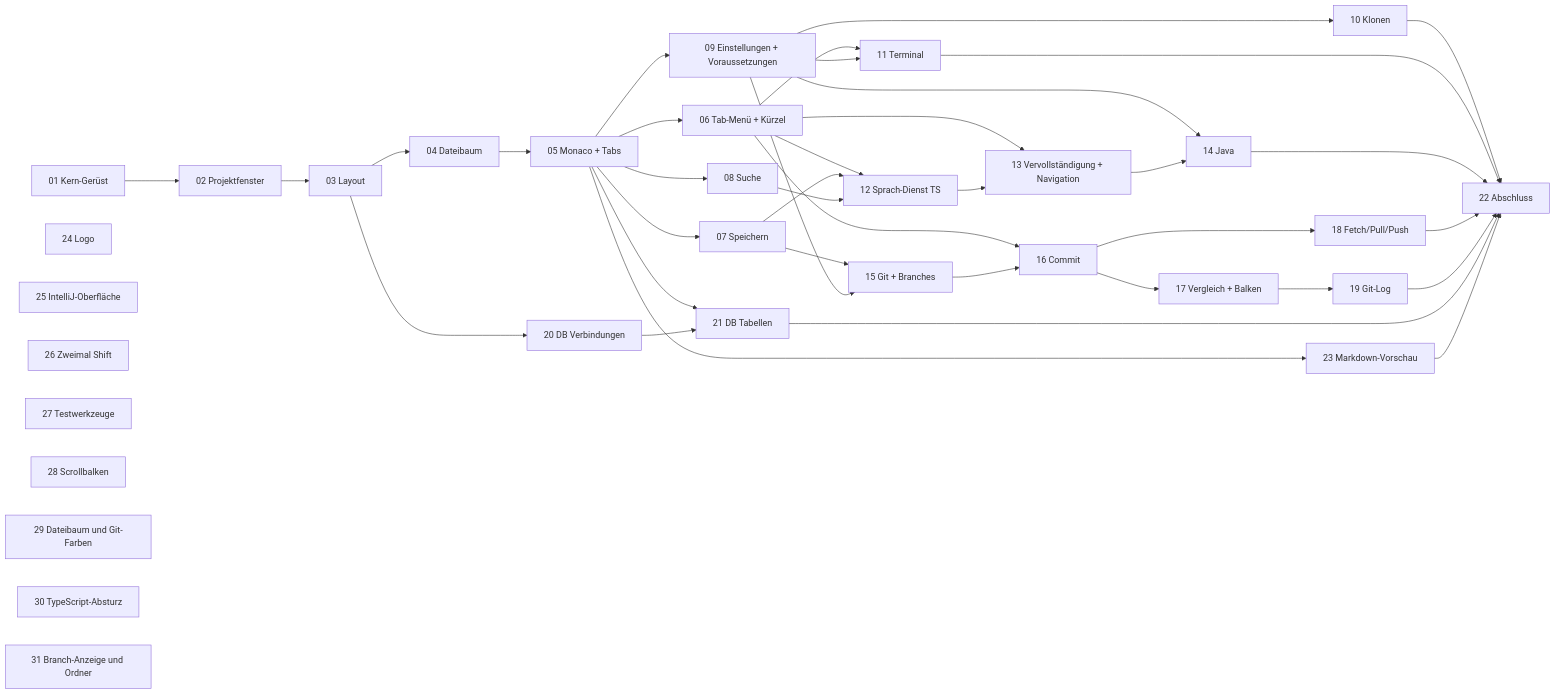
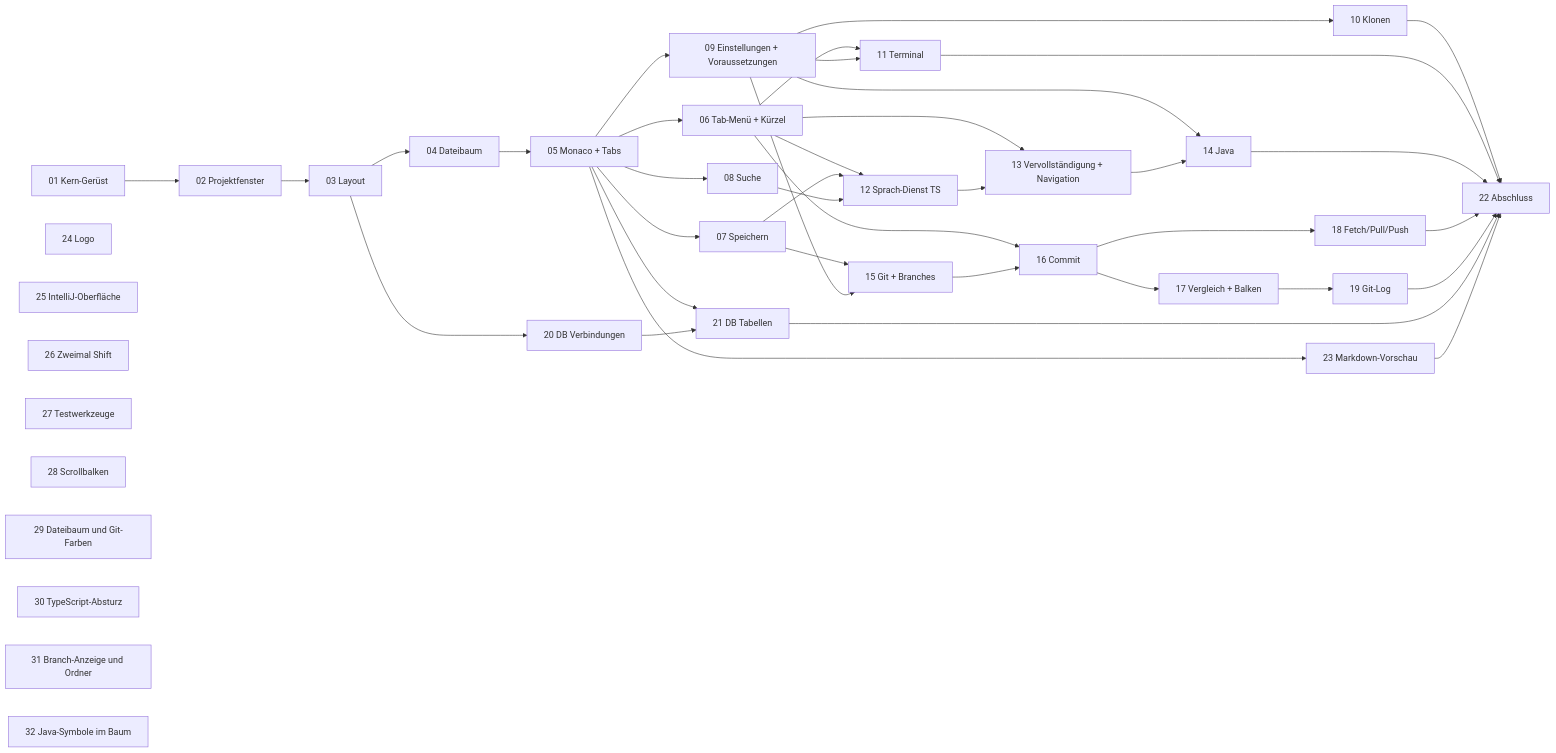
The diagram in docs/tickets/README.md (BonomoAlessandro/codium), drawn with Mermaid before and after one commit. The commit also changed other lines of this file and 1 other file, not shown here.

First line of the commit message:
Ticket 32: Java-Dateien im Dateibaum mit Symbol je Art, ohne Endung

````diff
--- a/docs/tickets/README.md
+++ b/docs/tickets/README.md
@@ -106,47 +107,48 @@
 ```mermaid
 flowchart LR
   T01[01 Kern-Gerüst] --> T02[02 Projektfenster]
   T02 --> T03[03 Layout]
   T03 --> T04[04 Dateibaum]
   T04 --> T05[05 Monaco + Tabs]
   T05 --> T06[06 Tab-Menü + Kürzel]
   T05 --> T07[07 Speichern]
   T05 --> T08[08 Suche]
   T05 --> T09[09 Einstellungen + Voraussetzungen]
   T09 --> T10[10 Klonen]
   T06 --> T11[11 Terminal]
   T09 --> T11
   T06 --> T12[12 Sprach-Dienst TS]
   T07 --> T12
   T08 --> T12
   T06 --> T13[13 Vervollständigung + Navigation]
   T12 --> T13
   T09 --> T14[14 Java]
   T13 --> T14
   T07 --> T15[15 Git + Branches]
   T09 --> T15
   T06 --> T16[16 Commit]
   T15 --> T16
   T16 --> T17[17 Vergleich + Balken]
   T16 --> T18[18 Fetch/Pull/Push]
   T17 --> T19[19 Git-Log]
   T03 --> T20[20 DB Verbindungen]
   T05 --> T21[21 DB Tabellen]
   T20 --> T21
   T10 --> T22[22 Abschluss]
   T11 --> T22
   T14 --> T22
   T18 --> T22
   T19 --> T22
   T21 --> T22
   T05 --> T23[23 Markdown-Vorschau]
   T23 --> T22
   T24[24 Logo]
   T25[25 IntelliJ-Oberfläche]
   T26[26 Zweimal Shift]
   T27[27 Testwerkzeuge]
   T28[28 Scrollbalken]
   T29[29 Dateibaum und Git-Farben]
   T30[30 TypeScript-Absturz]
   T31[31 Branch-Anzeige und Ordner]
+  T32[32 Java-Symbole im Baum]
 ```
````
